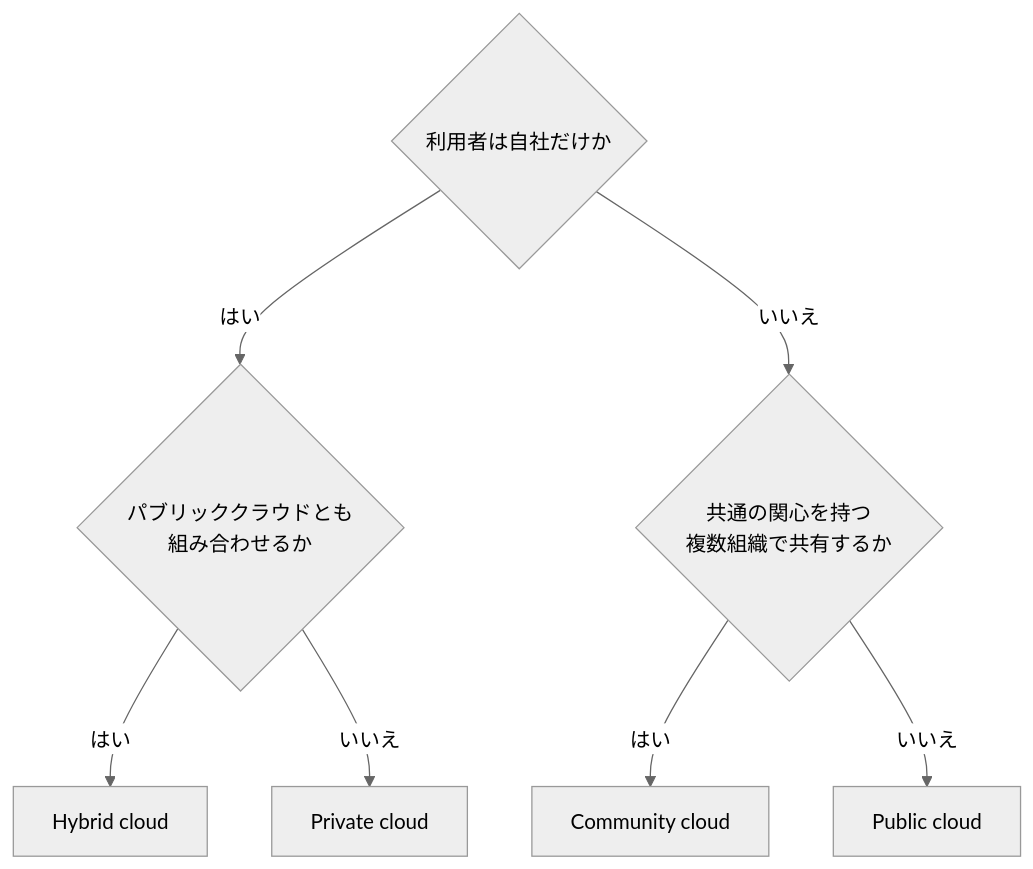
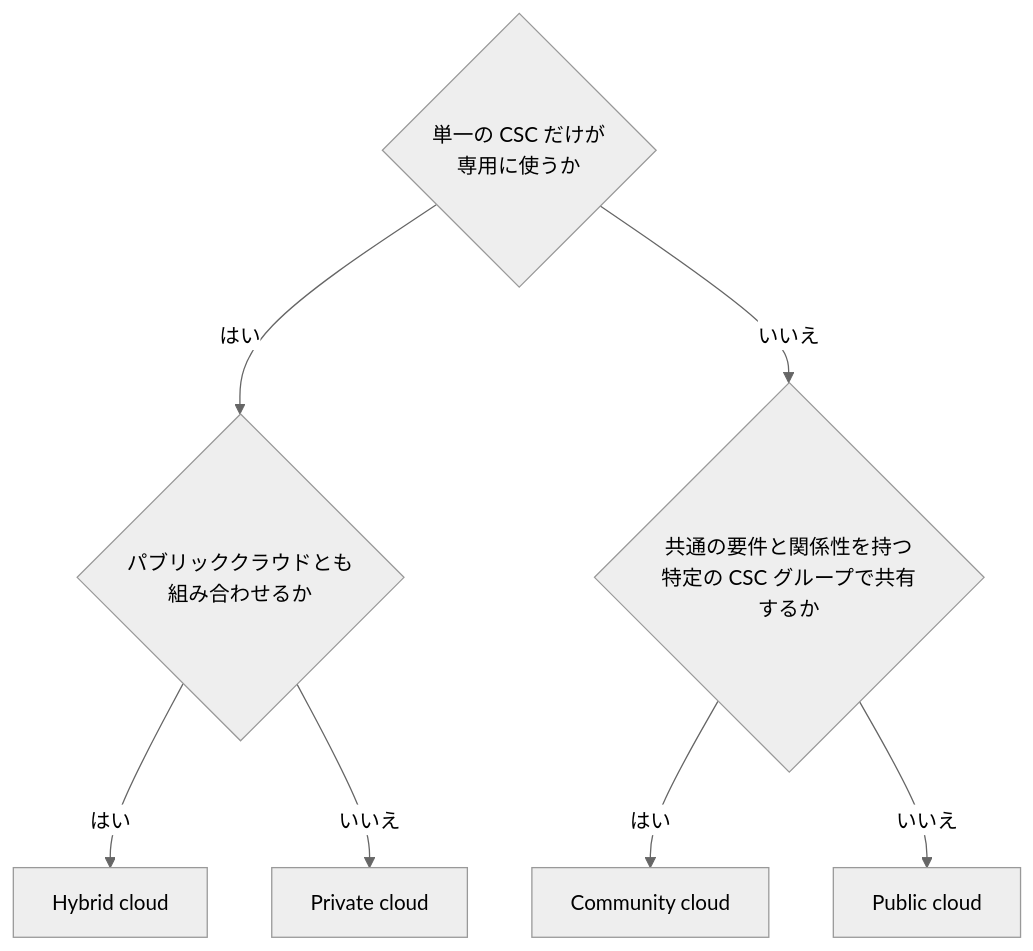
The eighth of 14 diagrams in Iso-iec-22123-2-guide.md (myoshi2891/Cloud-Infrastructure-and-Network-Studies), drawn with Mermaid (neutral theme) before and after one commit. The commit also changed other lines of this file and 5 other files, not shown here.

````diff
--- a/Iso-iec-22123-2-guide.md
+++ b/Iso-iec-22123-2-guide.md
@@ -485,16 +485,16 @@
 ```mermaid
 flowchart TD
-    M1{"利用者は自社だけか"}
-    M2{"共通の関心を持つ<br/>複数組織で共有するか"}
+    M1{"単一の CSC だけが<br/>専用に使うか"}
+    M2{"共通の要件と関係性を持つ<br/>特定の CSC グループで共有するか"}
     M3{"パブリッククラウドとも<br/>組み合わせるか"}
     P1["Private cloud"]
     P2["Community cloud"]
     P3["Hybrid cloud"]
     P4["Public cloud"]
     M1 -->|"はい"| M3
     M1 -->|"いいえ"| M2
     M2 -->|"はい"| P2
     M2 -->|"いいえ"| P4
     M3 -->|"はい"| P3
     M3 -->|"いいえ"| P1
 ```
````
